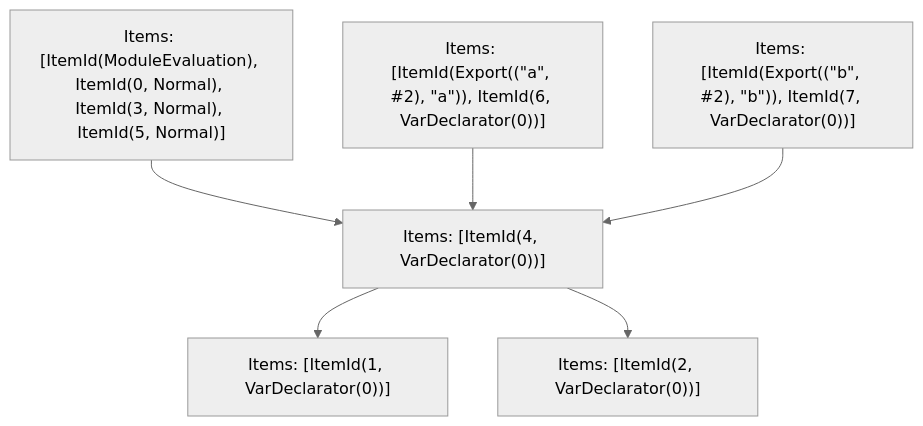
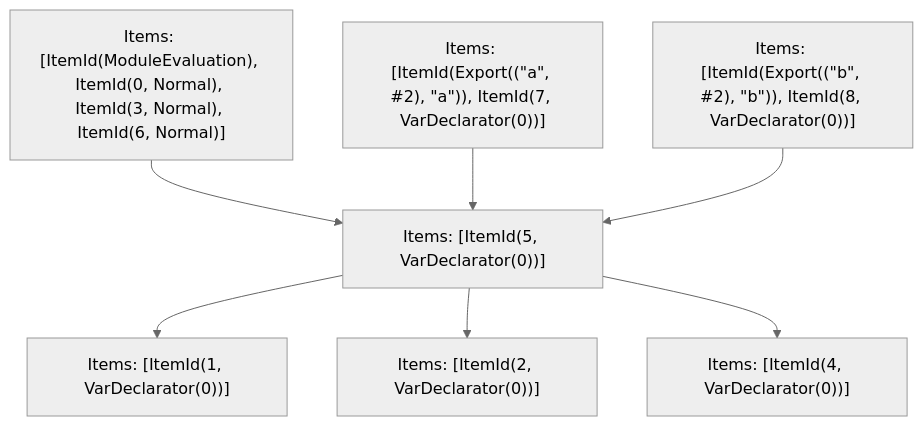
The fifth of 5 diagrams in crates/turbopack-ecmascript/tests/tree-shaker/analyzer/shared-and-side-effects/output.md (vercel/turborepo), drawn with Mermaid (neutral theme) before and after one commit. The commit also changed other lines of this file and 1 other file, not shown here.

````diff
--- a/crates/turbopack-ecmascript/tests/tree-shaker/analyzer/shared-and-side-effects/output.md
+++ b/crates/turbopack-ecmascript/tests/tree-shaker/analyzer/shared-and-side-effects/output.md
@@ -201,14 +220,16 @@
 ```mermaid
 graph TD
-    N0["Items: [ItemId(ModuleEvaluation), ItemId(0, Normal), ItemId(3, Normal), ItemId(5, Normal)]"];
-    N1["Items: [ItemId(Export((&quot;a&quot;, #2), &quot;a&quot;)), ItemId(6, VarDeclarator(0))]"];
-    N2["Items: [ItemId(Export((&quot;b&quot;, #2), &quot;b&quot;)), ItemId(7, VarDeclarator(0))]"];
+    N0["Items: [ItemId(ModuleEvaluation), ItemId(0, Normal), ItemId(3, Normal), ItemId(6, Normal)]"];
+    N1["Items: [ItemId(Export((&quot;a&quot;, #2), &quot;a&quot;)), ItemId(7, VarDeclarator(0))]"];
+    N2["Items: [ItemId(Export((&quot;b&quot;, #2), &quot;b&quot;)), ItemId(8, VarDeclarator(0))]"];
     N3["Items: [ItemId(1, VarDeclarator(0))]"];
     N4["Items: [ItemId(2, VarDeclarator(0))]"];
     N5["Items: [ItemId(4, VarDeclarator(0))]"];
-    N0 --> N5;
-    N1 --> N5;
-    N2 --> N5;
-    N5 --> N3;
-    N5 --> N4;
+    N6["Items: [ItemId(5, VarDeclarator(0))]"];
+    N0 --> N6;
+    N1 --> N6;
+    N2 --> N6;
+    N6 --> N3;
+    N6 --> N4;
+    N6 --> N5;
 ```
````
